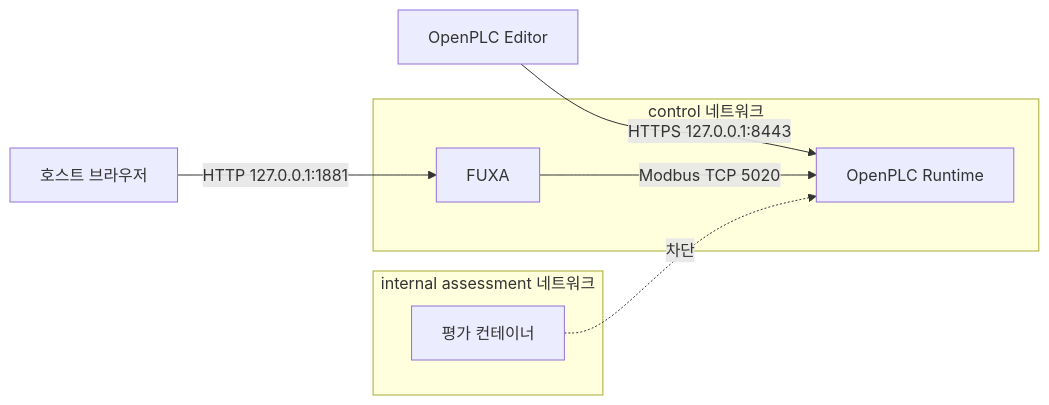
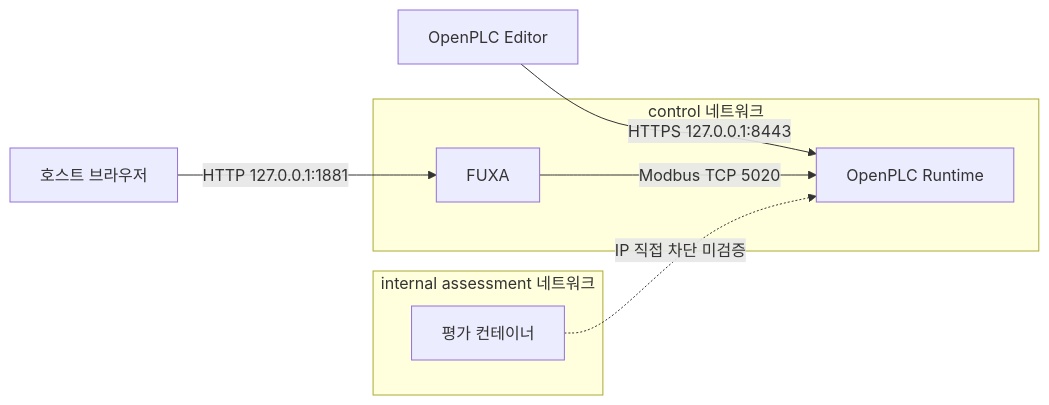
The diagram in reports/final-report.md (pepclou/ics-security-assessment-lab), drawn with Mermaid before and after one commit. The commit also changed other lines of this file and 16 other files, not shown here.

````diff
--- a/reports/final-report.md
+++ b/reports/final-report.md
@@ -39,12 +41,12 @@
 ```mermaid
 flowchart LR
     Browser[호스트 브라우저] -->|HTTP 127.0.0.1:1881| FUXA
     Editor[OpenPLC Editor] -->|HTTPS 127.0.0.1:8443| PLC[OpenPLC Runtime]
     subgraph CONTROL[control 네트워크]
         FUXA -->|Modbus TCP 5020| PLC
     end
     subgraph ASSESSMENT[internal assessment 네트워크]
         Probe[평가 컨테이너]
     end
-    Probe -. 차단 .-> PLC
+    Probe -. IP 직접 차단 미검증 .-> PLC
 ```
````
